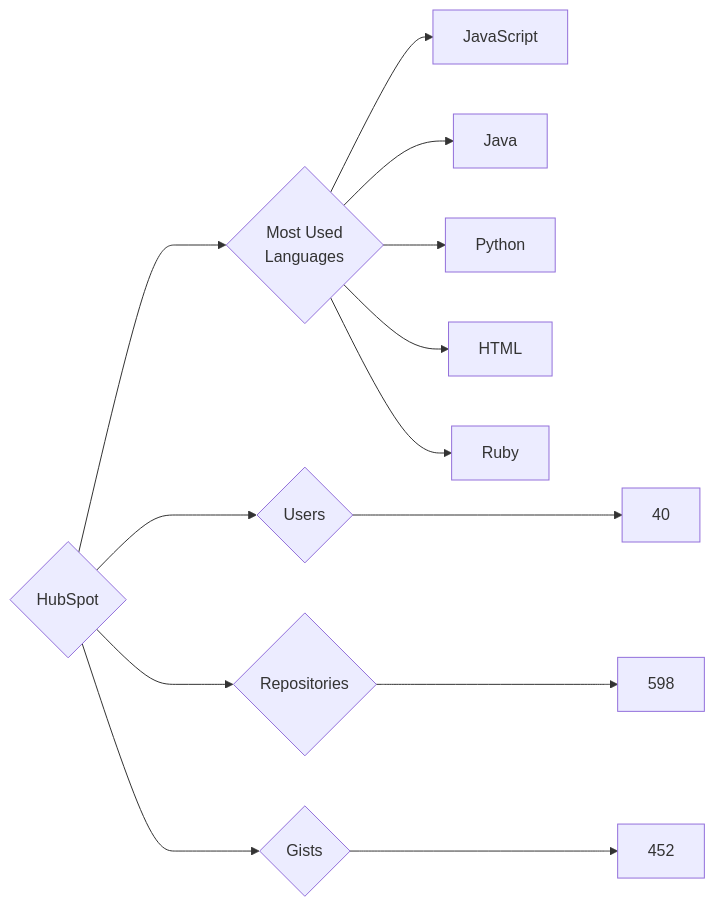
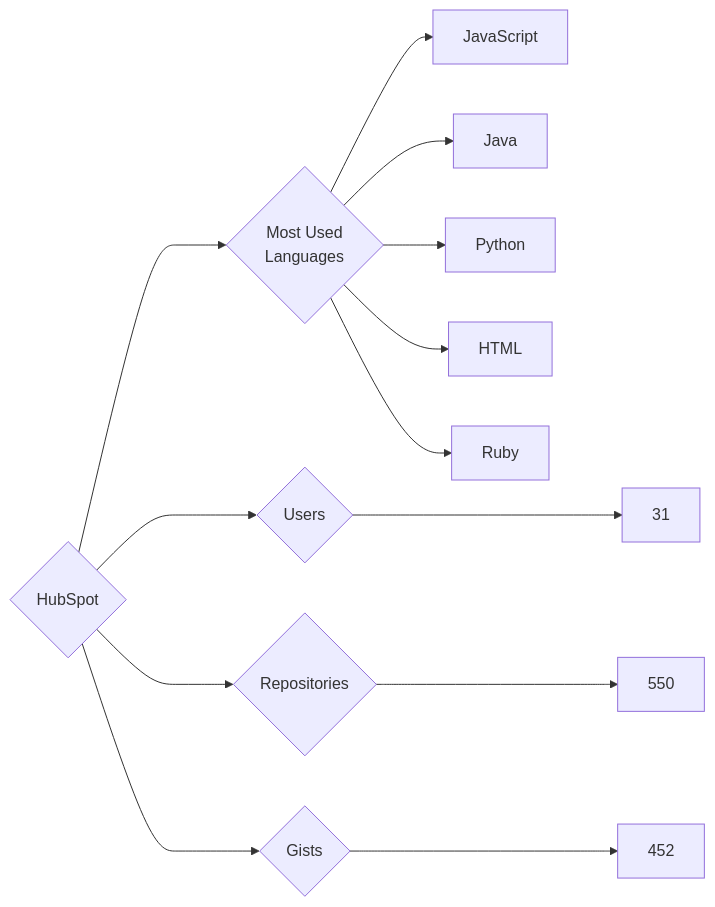
One commit to trickest/insiders changed the diagram in targets/HubSpot/README.md. Above: the diagram before and after it, drawn with Mermaid. The commit also changed 870 other files, not shown here.

````diff
--- a/targets/HubSpot/README.md
+++ b/targets/HubSpot/README.md
@@ -3,13 +3,13 @@
 ```mermaid
 graph LR
 COMPANY_NAME{HubSpot}
-COMPANY_NAME ---> U{Users} ---> UN[40]
-COMPANY_NAME ---> R{Repositories} ---> RN[598]
+COMPANY_NAME ---> U{Users} ---> UN[31]
+COMPANY_NAME ---> R{Repositories} ---> RN[550]
 COMPANY_NAME ---> G{Gists} ---> GN[452]
 COMPANY_NAME ---> ML{Most Used<br>Languages}
 ML --> JavaScript[JavaScript]
 ML --> Java[Java]
 ML --> Python[Python]
 ML --> HTML[HTML]
 ML --> Ruby[Ruby]
 ```
````
